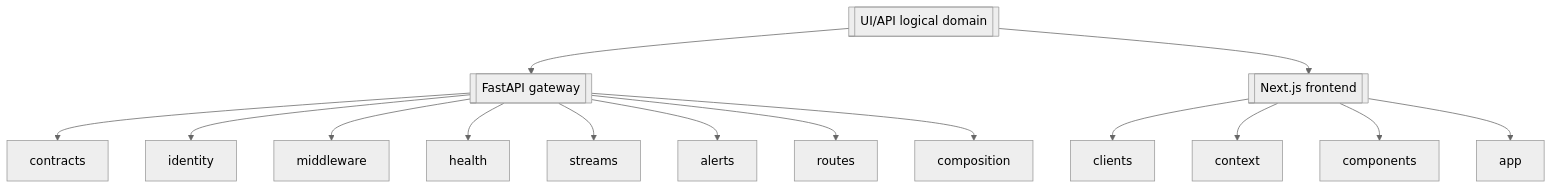
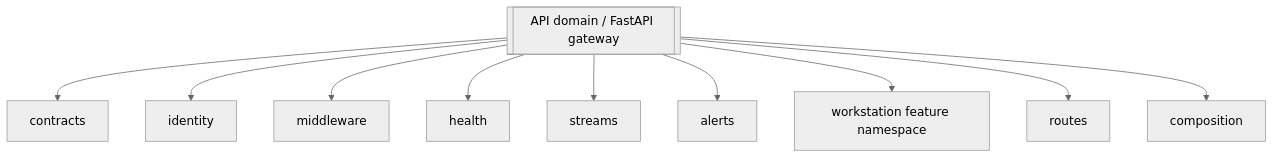
Before and after one commit to haruperi/HaruQuantAI: the first of 4 diagrams in app/services/api/README.md, drawn with Mermaid (neutral theme). The commit also changed other lines of this file and 307 other files, not shown here.

Commit message:
refactor(api-ui): complete feature-folder separation

````diff
--- a/app/services/api/README.md
+++ b/app/services/api/README.md
@@ -153,18 +154,13 @@
 ```mermaid
 flowchart TD
-    DOMAIN[[UI/API logical domain]]
-    DOMAIN --> API[[FastAPI gateway]]
-    DOMAIN --> UI[[Next.js frontend]]
+    API[[API domain / FastAPI gateway]]
     API --> CONTRACTS[contracts]
     API --> IDENTITY[identity]
     API --> MW[middleware]
     API --> HEALTH[health]
     API --> STREAMS[streams]
     API --> ALERTS[alerts]
+    API --> WORKSTATION[workstation feature namespace]
     API --> ROUTES[routes]
     API --> COMPOSITION[composition]
-    UI --> CLIENTS[clients]
-    UI --> CONTEXT[context]
-    UI --> COMPONENTS[components]
-    UI --> PAGES[app]
 ```
````
